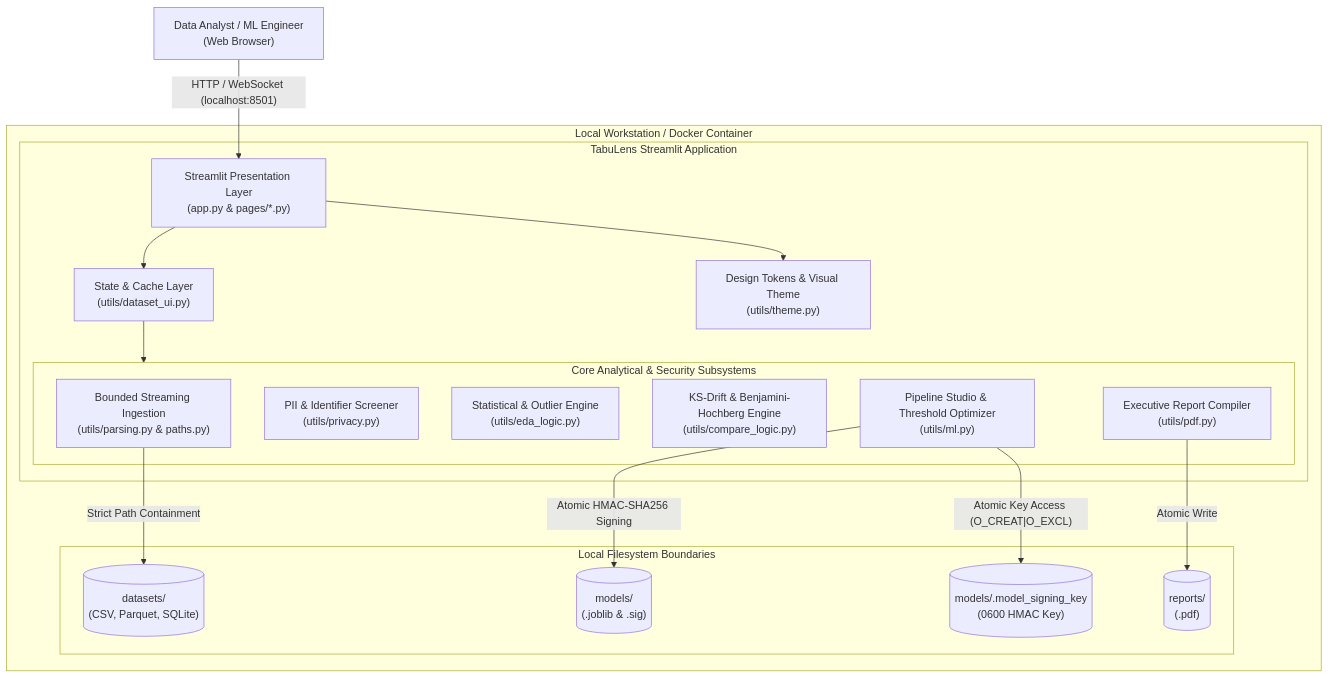
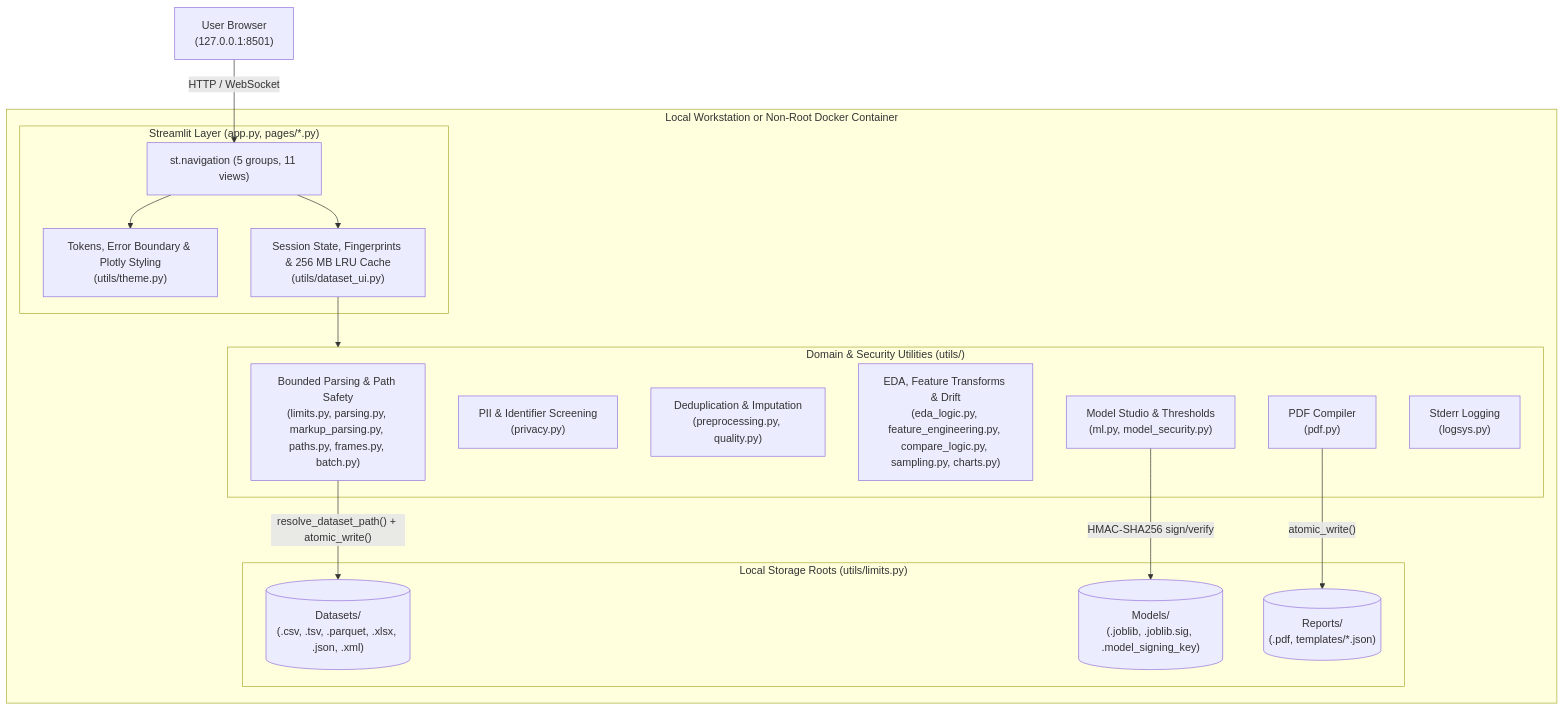
Before and after one commit to Srikiran22/CloudlnsightAl: the diagram in docs/ARCHITECTURE.md, drawn with Mermaid. The commit also changed other lines of this file and 40 other files, not shown here.

````diff
--- a/docs/ARCHITECTURE.md
+++ b/docs/ARCHITECTURE.md
@@ -19,38 +19,37 @@
 ```mermaid
 flowchart TD
-    User["Data Analyst / ML Engineer\n(Web Browser)"]
+    User["User Browser\n(127.0.0.1:8501)"]
 
-    subgraph Host ["Local Workstation / Docker Container"]
-        subgraph App ["TabuLens Streamlit Application"]
-            UI["Streamlit Presentation Layer\n(app.py & pages/*.py)"]
-            Theme["Design Tokens & Visual Theme\n(utils/theme.py)"]
-            SessionState["State & Cache Layer\n(utils/dataset_ui.py)"]
-
-            subgraph CoreEngine ["Core Analytical & Security Subsystems"]
-                Ingest["Bounded Streaming Ingestion\n(utils/parsing.py & paths.py)"]
-                Privacy["PII & Identifier Screener\n(utils/privacy.py)"]
-                EDA["Statistical & Outlier Engine\n(utils/eda_logic.py)"]
-                DriftEngine["KS-Drift & Benjamini-Hochberg Engine\n(utils/compare_logic.py)"]
-                MLStudio["Pipeline Studio & Threshold Optimizer\n(utils/ml.py)"]
-                PDFGen["Executive Report Compiler\n(utils/pdf.py)"]
-            end
+    subgraph Runtime ["Local Workstation or Non-Root Docker Container"]
+        subgraph UI ["Streamlit Layer (app.py, pages/*.py)"]
+            Nav["st.navigation (5 groups, 11 views)"]
+            Theme["Tokens, Error Boundary & Plotly Styling\n(utils/theme.py)"]
+            State["Session State, Fingerprints & 256 MB LRU Cache\n(utils/dataset_ui.py)"]
         end
 
-        subgraph LocalStorage ["Local Filesystem Boundaries"]
-            DatasetsDir[("datasets/\n(CSV, Parquet, SQLite)")]
-            ModelsDir[("models/\n(.joblib & .sig)")]
-            ReportsDir[("reports/\n(.pdf)")]
-            KeyFile[("models/.model_signing_key\n(0600 HMAC Key)")]
+        subgraph Engine ["Domain & Security Utilities (utils/)"]
+            Ingest["Bounded Parsing & Path Safety\n(limits.py, parsing.py, markup_parsing.py, paths.py, frames.py, batch.py)"]
+            Privacy["PII & Identifier Screening\n(privacy.py)"]
+            Cleaning["Deduplication & Imputation\n(preprocessing.py, quality.py)"]
+            Analytics["EDA, Feature Transforms & Drift\n(eda_logic.py, feature_engineering.py, compare_logic.py, sampling.py, charts.py)"]
+            ML["Model Studio & Thresholds\n(ml.py, model_security.py)"]
+            PDF["PDF Compiler\n(pdf.py)"]
+            Log["Stderr Logging\n(logsys.py)"]
+        end
+
+        subgraph Storage ["Local Storage Roots (utils/limits.py)"]
+            DatasetsDir[("Datasets/\n(.csv, .tsv, .parquet, .xlsx, .json, .xml)")]
+            ModelsDir[("Models/\n(.joblib, .joblib.sig, .model_signing_key)")]
+            ReportsDir[("Reports/\n(.pdf, templates/*.json)")]
         end
     end
 
-    User -->|"HTTP / WebSocket (localhost:8501)"| UI
-    UI --> SessionState
-    UI --> Theme
-    SessionState --> CoreEngine
+    User -->|"HTTP / WebSocket"| Nav
+    Nav --> Theme
+    Nav --> State
+    State --> Engine
 
-    Ingest -->|"Strict Path Containment"| DatasetsDir
-    MLStudio -->|"Atomic HMAC-SHA256 Signing"| ModelsDir
-    MLStudio -->|"Atomic Key Access (O_CREAT|O_EXCL)"| KeyFile
-    PDFGen -->|"Atomic Write"| ReportsDir
+    Ingest -->|"resolve_dataset_path() + atomic_write()"| DatasetsDir
+    ML -->|"HMAC-SHA256 sign/verify"| ModelsDir
+    PDF -->|"atomic_write()"| ReportsDir
 ```
````
